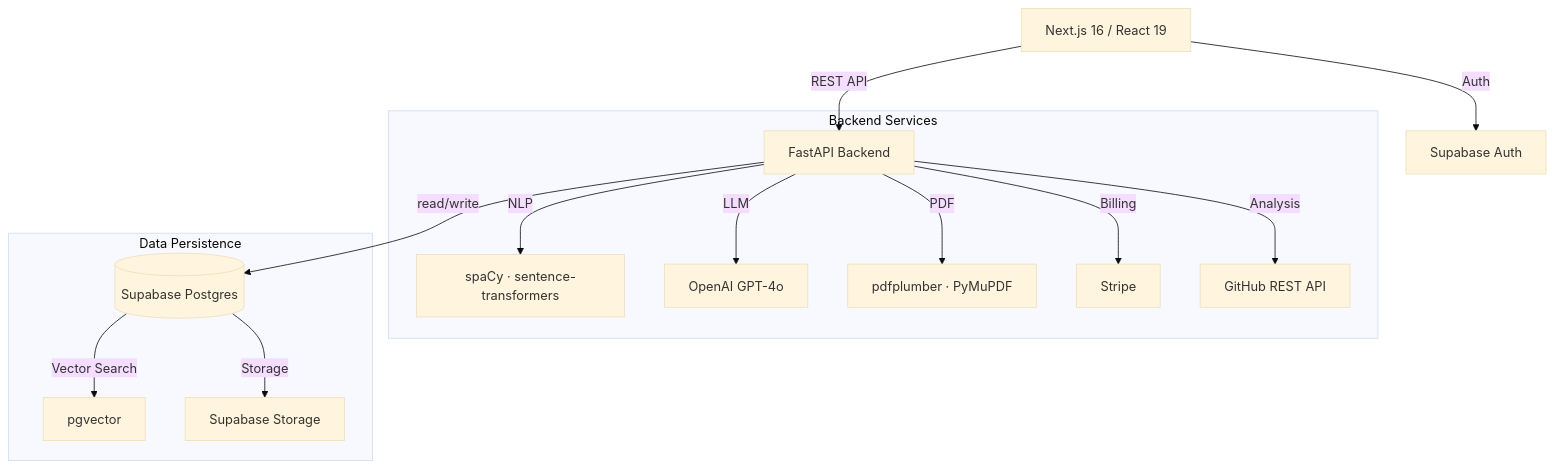
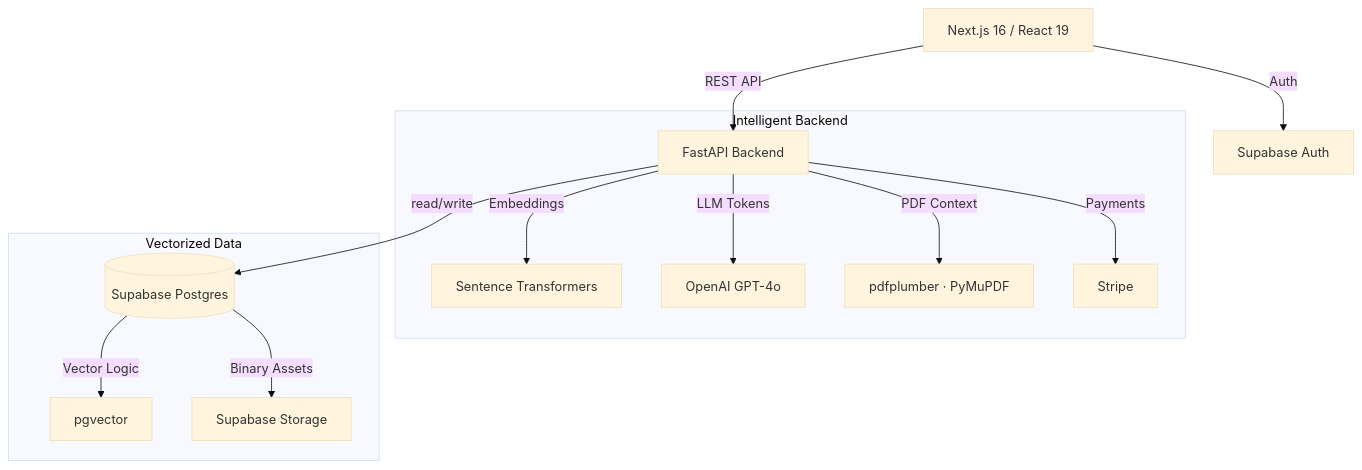
One commit to SudoAnirudh/Hirenix changed the diagram in README.md. Above: the diagram before and after it, drawn with Mermaid (base theme). The commit also changed other lines of this file and 10 other files, not shown here.

````diff
--- a/README.md
+++ b/README.md
@@ -45,19 +65,18 @@
 ```mermaid
 graph TD
     Client[Next.js 16 / React 19] -->|REST API| API[FastAPI Backend]
     Client -->|Auth| SupabaseAuth[Supabase Auth]
 
-    subgraph "Backend Services"
-        API -->|NLP| Spacy[spaCy · sentence-transformers]
-        API -->|LLM| OpenAI[OpenAI GPT-4o]
-        API -->|PDF| PDF[pdfplumber · PyMuPDF]
-        API -->|Billing| Stripe[Stripe]
-        API -->|Analysis| GitHubAPI[GitHub REST API]
+    subgraph "Intelligent Backend"
+        API -->|Embeddings| ST[Sentence Transformers]
+        API -->|LLM Tokens| OpenAI[OpenAI GPT-4o]
+        API -->|PDF Context| PDF[pdfplumber · PyMuPDF]
+        API -->|Payments| Stripe[Stripe]
     end
 
-    subgraph "Data Persistence"
+    subgraph "Vectorized Data"
         API -->|read/write| DB[(Supabase Postgres)]
-        DB -->|Vector Search| PgVector[pgvector]
-        DB -->|Storage| S3[Supabase Storage]
+        DB -->|Vector Logic| PgVector[pgvector]
+        DB -->|Binary Assets| S3[Supabase Storage]
     end
 ```
````
